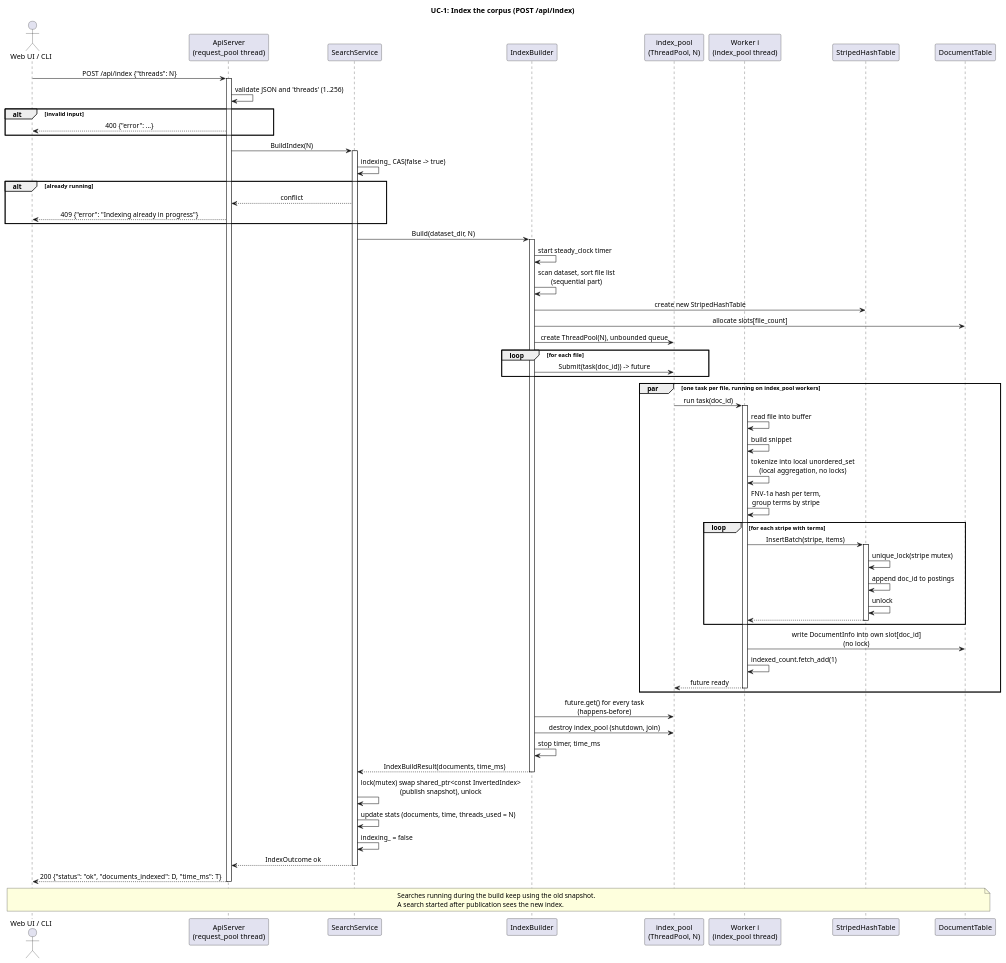
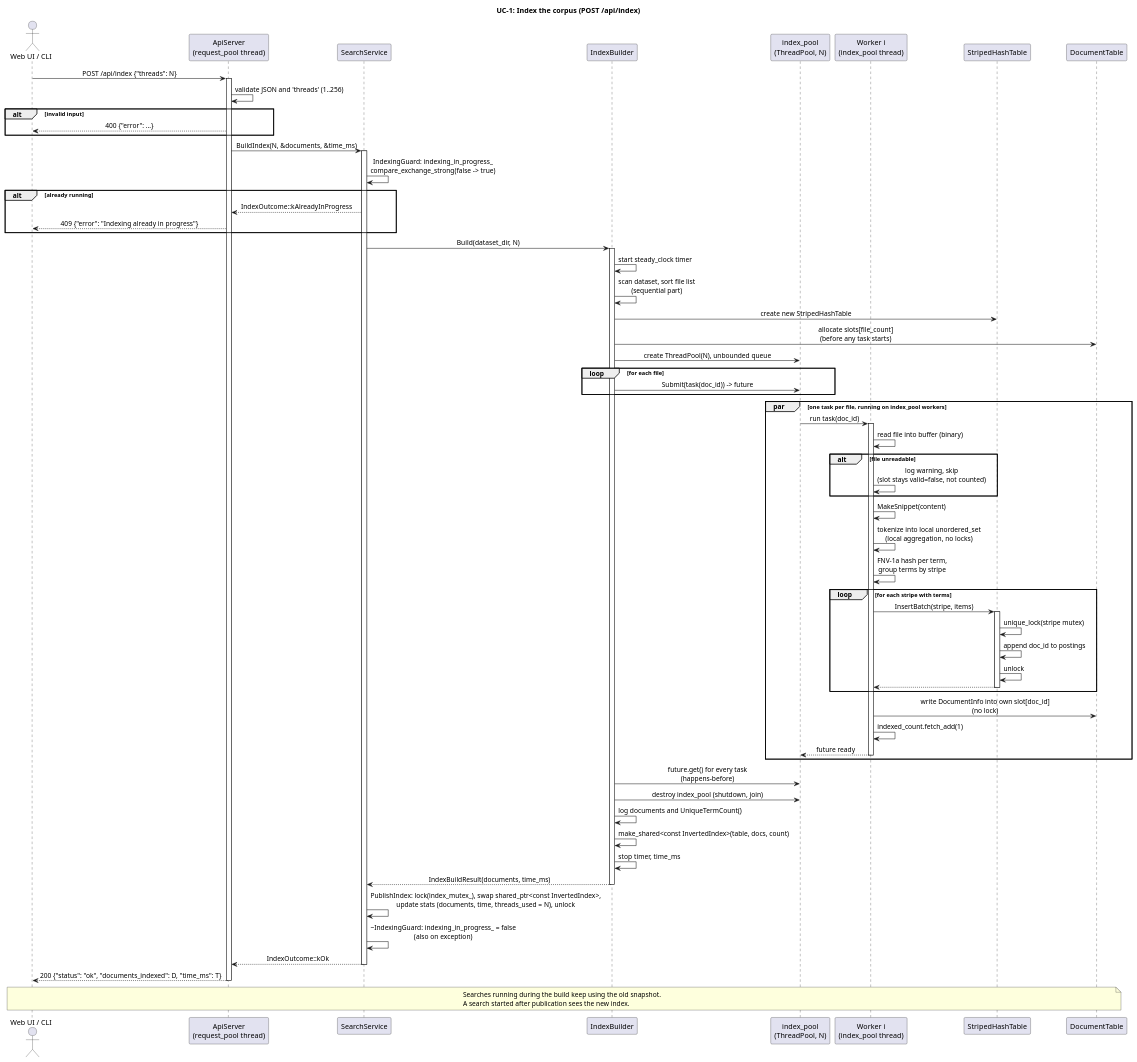
The diagram in docs/uml/sequence_uc1_index.puml (DariaMelnyk0206/course_work_parallel_computing), drawn with PlantUML before and after one commit. The commit also changed 7 other files, not shown here.

Commit message:
docs(uml): update class and sequence diagrams to final code

```diff
--- a/docs/uml/sequence_uc1_index.puml
+++ b/docs/uml/sequence_uc1_index.puml
@@ -1,79 +1,83 @@
 @startuml sequence_uc1_index
 title UC-1: Index the corpus (POST /api/index)
 skinparam shadowing false
 skinparam sequenceMessageAlign center
 
 actor "Web UI / CLI" as Client
 participant "ApiServer\n(request_pool thread)" as Api
 participant SearchService as Svc
 participant IndexBuilder as Builder
 participant "index_pool\n(ThreadPool, N)" as Pool
 participant "Worker i\n(index_pool thread)" as Worker
 participant StripedHashTable as Table
 participant DocumentTable as Docs
 
 Client -> Api : POST /api/index {"threads": N}
 activate Api
 Api -> Api : validate JSON and 'threads' (1..256)
 alt invalid input
   Api --> Client : 400 {"error": ...}
 end
-Api -> Svc : BuildIndex(N)
+Api -> Svc : BuildIndex(N, &documents, &time_ms)
 activate Svc
-Svc -> Svc : indexing_ CAS(false -> true)
+Svc -> Svc : IndexingGuard: indexing_in_progress_\ncompare_exchange_strong(false -> true)
 alt already running
-  Svc --> Api : conflict
+  Svc --> Api : IndexOutcome::kAlreadyInProgress
   Api --> Client : 409 {"error": "Indexing already in progress"}
 end
 Svc -> Builder : Build(dataset_dir, N)
 activate Builder
 Builder -> Builder : start steady_clock timer
 Builder -> Builder : scan dataset, sort file list\n(sequential part)
 Builder -> Table : create new StripedHashTable
-Builder -> Docs : allocate slots[file_count]
+Builder -> Docs : allocate slots[file_count]\n(before any task starts)
 Builder -> Pool : create ThreadPool(N), unbounded queue
 loop for each file
   Builder -> Pool : Submit(task(doc_id)) -> future
 end
 
 par one task per file, running on index_pool workers
   Pool -> Worker : run task(doc_id)
   activate Worker
-  Worker -> Worker : read file into buffer
-  Worker -> Worker : build snippet
+  Worker -> Worker : read file into buffer (binary)
+  alt file unreadable
+    Worker -> Worker : log warning, skip\n(slot stays valid=false, not counted)
+  end
+  Worker -> Worker : MakeSnippet(content)
   Worker -> Worker : tokenize into local unordered_set\n(local aggregation, no locks)
   Worker -> Worker : FNV-1a hash per term,\ngroup terms by stripe
   loop for each stripe with terms
     Worker -> Table : InsertBatch(stripe, items)
     activate Table
     Table -> Table : unique_lock(stripe mutex)
     Table -> Table : append doc_id to postings
     Table -> Table : unlock
     Table --> Worker
     deactivate Table
   end
   Worker -> Docs : write DocumentInfo into own slot[doc_id]\n(no lock)
   Worker -> Worker : indexed_count.fetch_add(1)
   Worker --> Pool : future ready
   deactivate Worker
 end
 
 Builder -> Pool : future.get() for every task\n(happens-before)
 Builder -> Pool : destroy index_pool (shutdown, join)
+Builder -> Builder : log documents and UniqueTermCount()
+Builder -> Builder : make_shared<const InvertedIndex>(table, docs, count)
 Builder -> Builder : stop timer, time_ms
 Builder --> Svc : IndexBuildResult(documents, time_ms)
 deactivate Builder
 
-Svc -> Svc : lock(mutex) swap shared_ptr<const InvertedIndex>\n(publish snapshot), unlock
-Svc -> Svc : update stats (documents, time, threads_used = N)
-Svc -> Svc : indexing_ = false
-Svc --> Api : IndexOutcome ok
+Svc -> Svc : PublishIndex: lock(index_mutex_), swap shared_ptr<const InvertedIndex>,\nupdate stats (documents, time, threads_used = N), unlock
+Svc -> Svc : ~IndexingGuard: indexing_in_progress_ = false\n(also on exception)
+Svc --> Api : IndexOutcome::kOk
 deactivate Svc
 Api --> Client : 200 {"status": "ok", "documents_indexed": D, "time_ms": T}
 deactivate Api
 
 note over Client, Docs
   Searches running during the build keep using the old snapshot.
   A search started after publication sees the new index.
 end note
 @enduml
```
